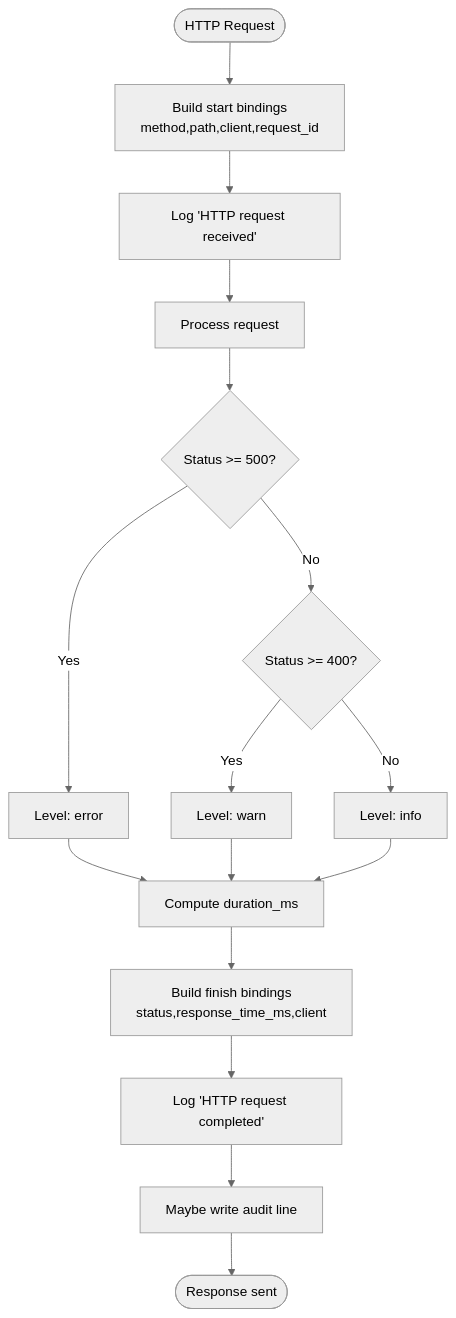
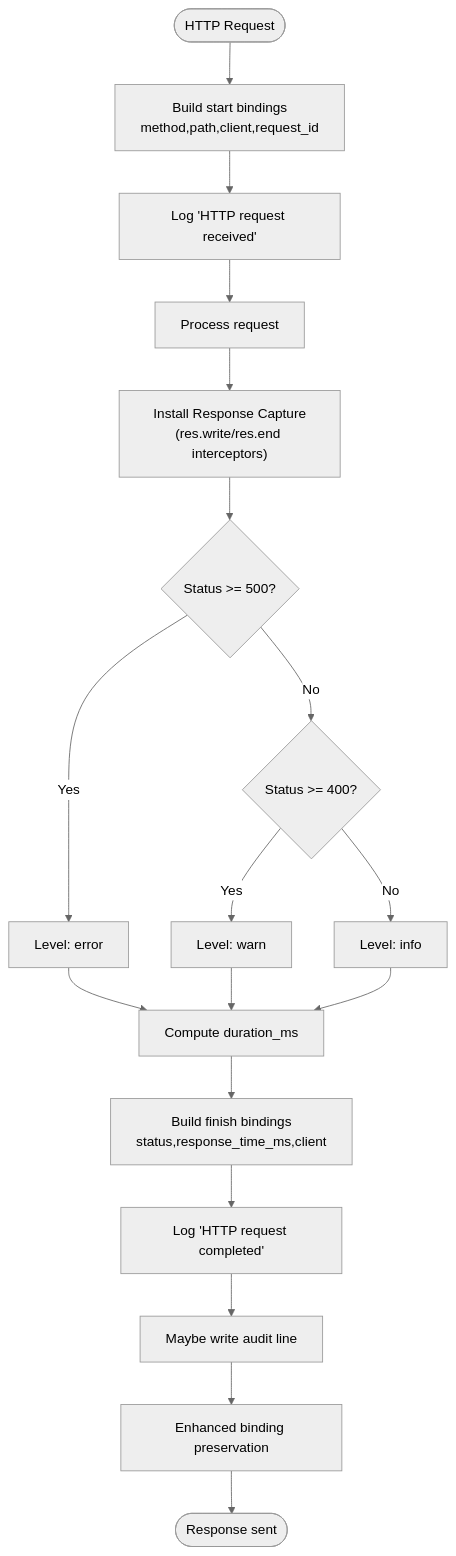
The fifth of 7 diagrams in .qoder/repowiki/en/content/Monitoring & Observability.md (debian777/kairos-mcp), drawn with Mermaid (neutral theme) before and after one commit. The commit also changed other lines of this file and 44 other files, not shown here.

````diff
--- a/.qoder/repowiki/en/content/Monitoring & Observability.md
+++ b/.qoder/repowiki/en/content/Monitoring & Observability.md
@@ -306,18 +369,20 @@
 ```mermaid
 flowchart TD
 Start(["HTTP Request"]) --> Bindings["Build start bindings<br/>method,path,client,request_id"]
 Bindings --> LogStart["Log 'HTTP request received'"]
 LogStart --> Process["Process request"]
-Process --> Status{"Status >= 500?"}
+Process --> ResponseCapture["Install Response Capture<br/>(res.write/res.end interceptors)"]
+ResponseCapture --> Status{"Status >= 500?"}
 Status --> |Yes| LevelErr["Level: error"]
 Status --> |No| Status400{"Status >= 400?"}
 Status400 --> |Yes| LevelWarn["Level: warn"]
 Status400 --> |No| LevelInfo["Level: info"]
 LevelErr --> Duration["Compute duration_ms"]
 LevelWarn --> Duration
 LevelInfo --> Duration
 Duration --> FinishBindings["Build finish bindings<br/>status,response_time_ms,client"]
 FinishBindings --> LogFinish["Log 'HTTP request completed'"]
 LogFinish --> Audit["Maybe write audit line"]
-Audit --> End(["Response sent"])
+Audit --> Enhanced["Enhanced binding preservation"]
+Enhanced --> End(["Response sent"])
 ```
````
